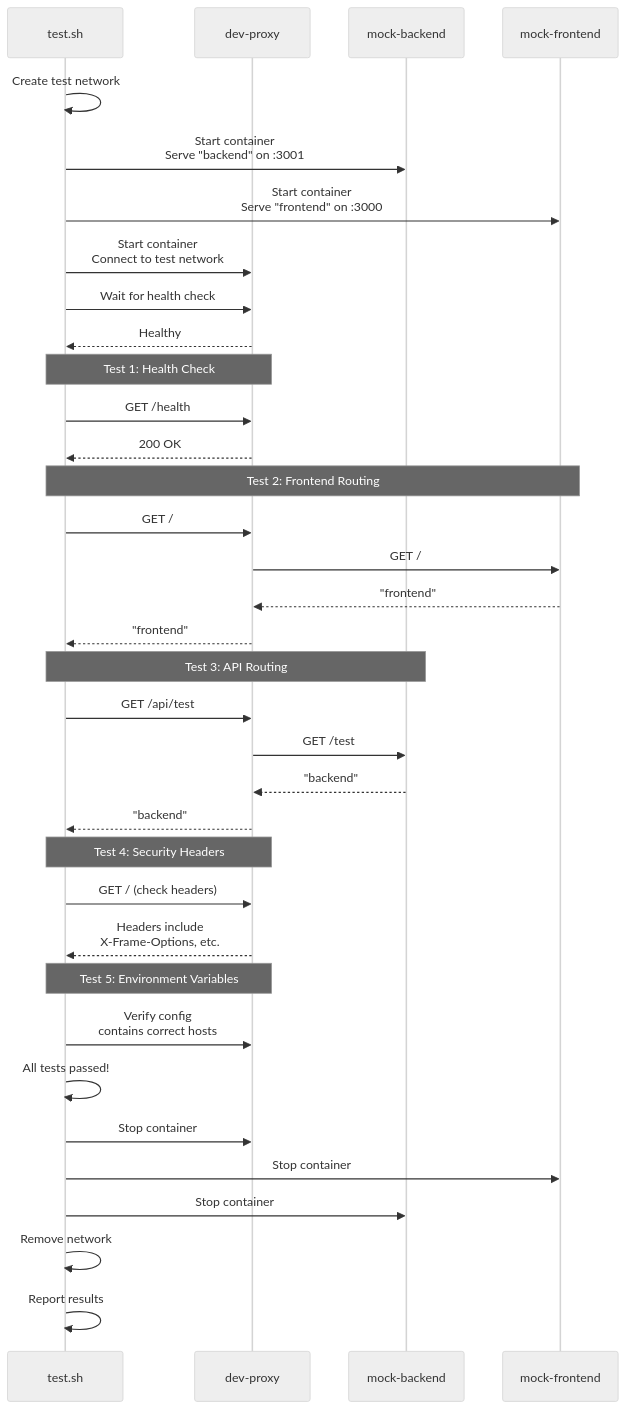
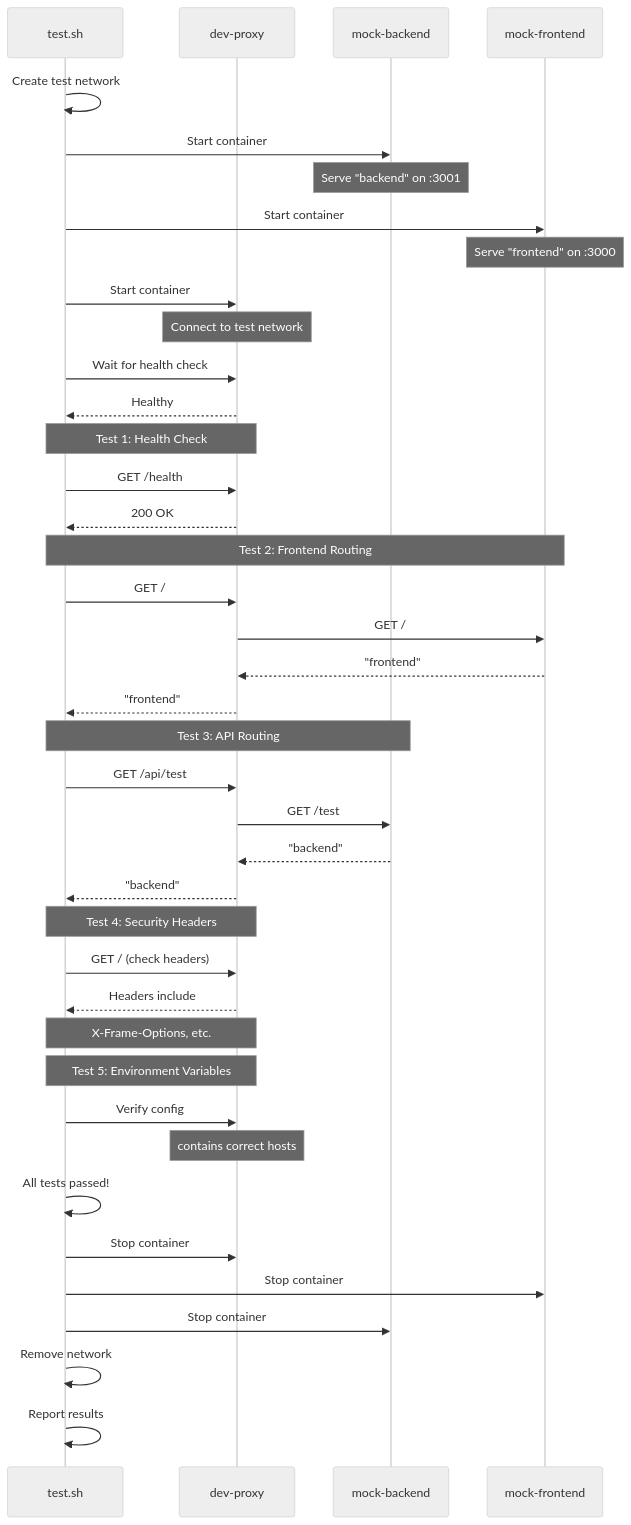
Before and after one commit to softwarewrighter/dev-proxy: diagram 13 of 16 in wiki/Build-Process.md, drawn with Mermaid (neutral theme). The commit also changed other lines of this file and 1 other file, not shown here.

First line of the commit message:
Fix remaining Mermaid sequence diagrams in Build-Process.md and Security.md

````diff
--- a/wiki/Build-Process.md
+++ b/wiki/Build-Process.md
@@ -532,53 +544,60 @@
 ```mermaid
 sequenceDiagram
     participant Script as test.sh
     participant Proxy as dev-proxy
     participant Backend as mock-backend
     participant Frontend as mock-frontend
 
     Script->>Script: Create test network
 
-    Script->>Backend: Start container<br/>Serve "backend" on :3001
-    Script->>Frontend: Start container<br/>Serve "frontend" on :3000
-    Script->>Proxy: Start container<br/>Connect to test network
+    Script->>Backend: Start container
+    Note over Backend: Serve "backend" on :3001
+
+    Script->>Frontend: Start container
+    Note over Frontend: Serve "frontend" on :3000
+
+    Script->>Proxy: Start container
+    Note over Proxy: Connect to test network
 
     Script->>Proxy: Wait for health check
     Proxy-->>Script: Healthy
 
     Note over Script,Proxy: Test 1: Health Check
 
     Script->>Proxy: GET /health
     Proxy-->>Script: 200 OK
 
     Note over Script,Frontend: Test 2: Frontend Routing
 
     Script->>Proxy: GET /
     Proxy->>Frontend: GET /
     Frontend-->>Proxy: "frontend"
     Proxy-->>Script: "frontend"
 
     Note over Script,Backend: Test 3: API Routing
 
     Script->>Proxy: GET /api/test
     Proxy->>Backend: GET /test
     Backend-->>Proxy: "backend"
     Proxy-->>Script: "backend"
 
     Note over Script,Proxy: Test 4: Security Headers
 
     Script->>Proxy: GET / (check headers)
-    Proxy-->>Script: Headers include<br/>X-Frame-Options, etc.
+    Proxy-->>Script: Headers include
+    Note over Proxy,Script: X-Frame-Options, etc.
 
     Note over Script,Proxy: Test 5: Environment Variables
 
-    Script->>Proxy: Verify config<br/>contains correct hosts
+    Script->>Proxy: Verify config
+    Note over Proxy: contains correct hosts
 
     Script->>Script: All tests passed!
 
     Script->>Proxy: Stop container
     Script->>Frontend: Stop container
     Script->>Backend: Stop container
     Script->>Script: Remove network
 
     Script->>Script: Report results
 ```
````
